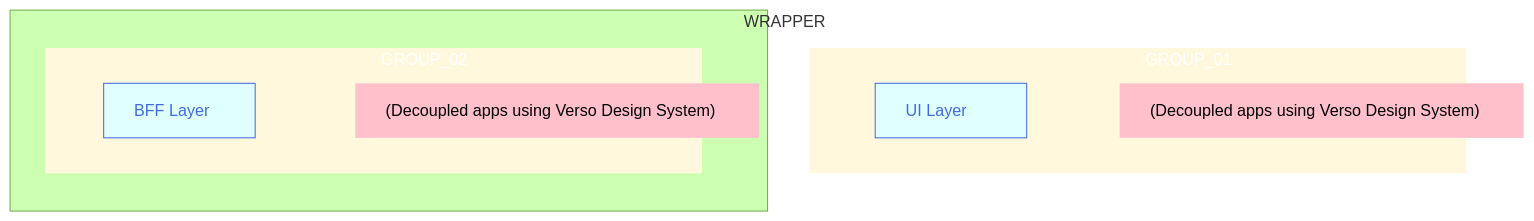
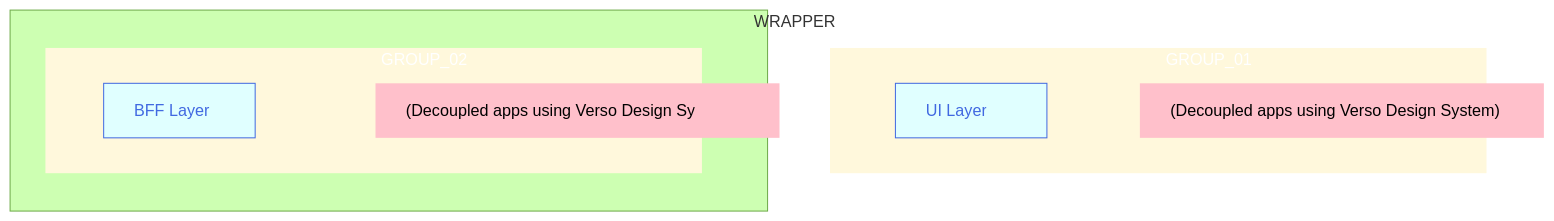
One commit to joe-dorward/samples changed the diagram in buttons_mermaid_v5.md. Above: the diagram before and after it, drawn with Mermaid (forest theme).

````diff
--- a/buttons_mermaid_v5.md
+++ b/buttons_mermaid_v5.md
@@ -3,48 +3,48 @@
 ```mermaid
   %%{
     init: {
       "flowchart": { "markdownAutoWrap":"false", "textWrap":"false", "textAlign":"left", "wrappingWidth": "100%" }
     }
   }%%
   flowchart TD
 
   classDef Button fill:lightcyan, stroke:royalblue, color:royalblue, width:150px
   classDef Note fill:pink, stroke-width:0px, width:400px
   %% ---------- ---------- ---------- ---------- ---------- ---------- ---------- ---------- ---------- ----------
 subgraph WRAPPER
   direction TD
 
   subgraph GROUP_01
     %%direction LR
 
     BUTTON_01_NOTE["(Decoupled apps using Verso Design System)"]:::Note
     BUTTON_01["UI Layer"]:::Button
     click BUTTON_01 "https://en.wikipedia.org/wiki/Main_Page" _blank
 
     BUTTON_01~~~
     BUTTON_01_NOTE
   end
   %% ---------- ---------- ---------- ---------- ---------- ---------- ---------- ---------- ---------- ----------
   subgraph GROUP_02
     %%direction LR
 
     %%BUTTON_02_NOTE["(Tailored aggregation and presentation)"]:::Note
-    BUTTON_02_NOTE["(Decoupled apps using Verso Design System)"]:::Note
+    BUTTON_02_NOTE["(Decoupled apps using Verso Design Sy"]:::Note
     BUTTON_02["BFF Layer"]:::Button
     click BUTTON_02 "https://en.wikipedia.org/wiki/Main_Page" _blank
 
     BUTTON_02~~~
     BUTTON_02_NOTE
   end
 end
   %% ---------- ---------- ---------- ---------- ---------- ---------- ---------- ---------- ---------- ----------
 
 %%GROUP_01-.-GROUP_02
 
 %%BUTTON_01-->BUTTON_02
 
   style GROUP_01 fill:cornsilk, color:white, stroke-width:0px, width:650px
   style GROUP_02 fill:cornsilk, color:white, stroke-width:0px, width:650px
 
   style WRAPPER width:750px
 ```
````
